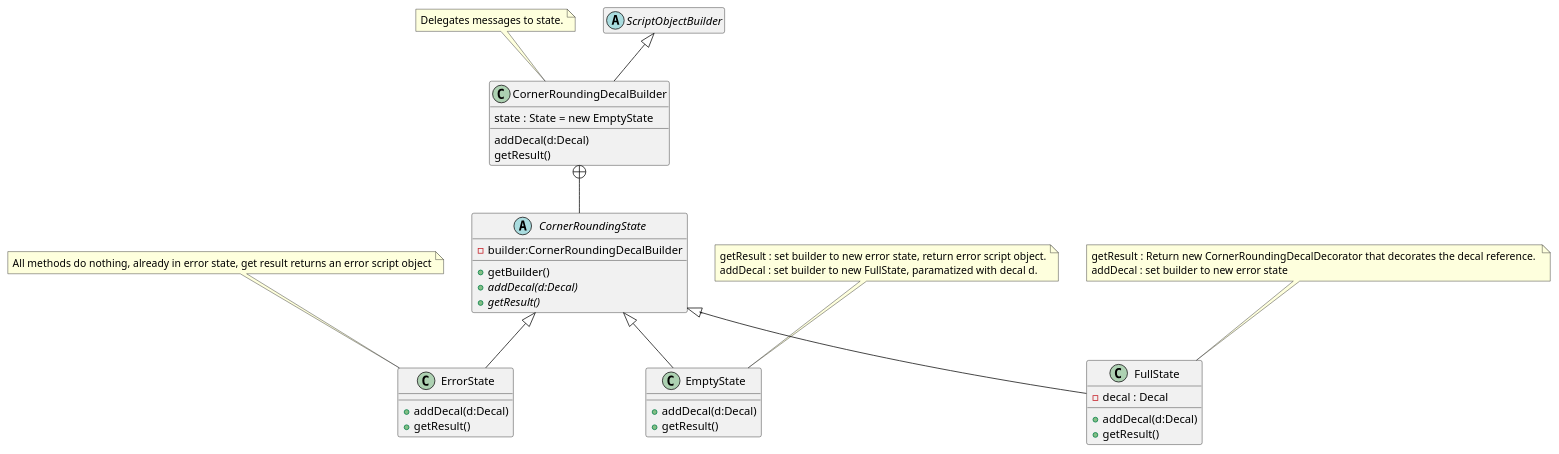
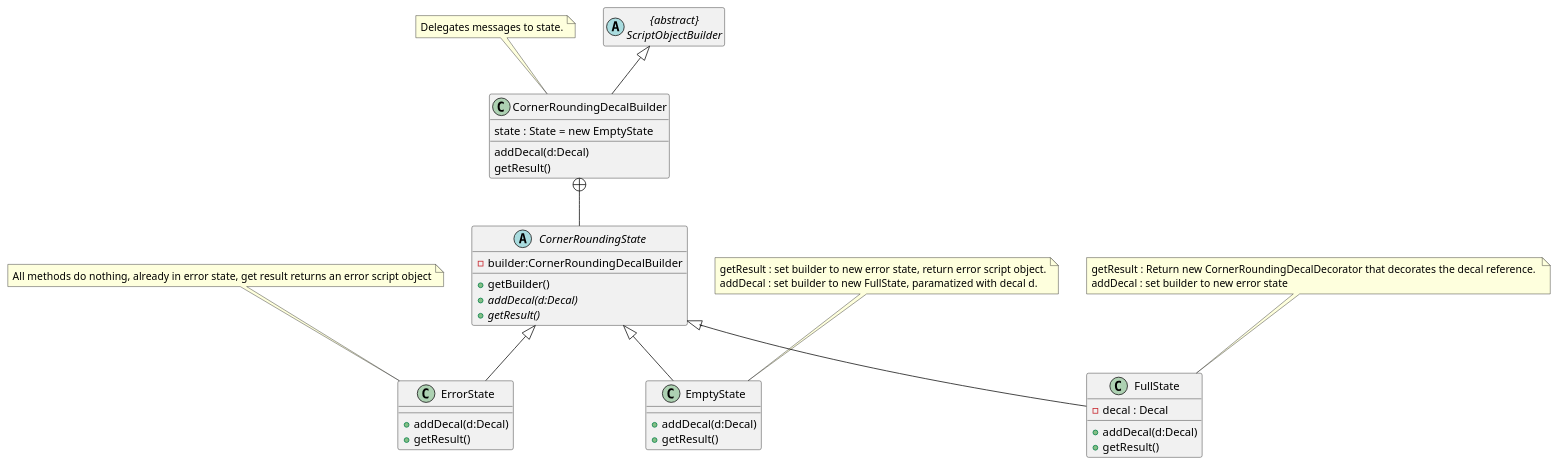
The diagram in Builder/CornerRoundingDecalDecoratorBuilder.org (MatthewBregg/DesignPatternsRepo), drawn with PlantUML before and after one commit. The commit also changed 51 other files, not shown here.

Commit message:
Made all builder sub umls show the inheritence from ScriptObjectBuilder

```diff
--- a/Builder/CornerRoundingDecalDecoratorBuilder.org
+++ b/Builder/CornerRoundingDecalDecoratorBuilder.org
@@ -1,53 +1,54 @@
 #+BEGIN_SRC plantuml :file CornerRoundingDecalBuilder.png
 
 class CornerRoundingDecalBuilder
 CornerRoundingDecalBuilder : state : State = new EmptyState
 CornerRoundingDecalBuilder : addDecal(d:Decal)
 CornerRoundingDecalBuilder : getResult() 
 note top : Delegates messages to state.
 
-abstract class ScriptObjectBuilder
+
+abstract class ScriptObjectBuilder as "{abstract}\nScriptObjectBuilder"
 hide ScriptObjectBuilder methods
 hide ScriptObjectBuilder members
 
 
 ScriptObjectBuilder <|-- CornerRoundingDecalBuilder
 
 CornerRoundingDecalBuilder +-- CornerRoundingState
 
 CornerRoundingState <|-- ErrorState
 CornerRoundingState <|-- EmptyState
 CornerRoundingState <|-- FullState
 
 abstract class CornerRoundingState as "{abstract}\nCornerRoundingState"
 CornerRoundingState : -builder:CornerRoundingDecalBuilder
 CornerRoundingState : +getBuilder()
 CornerRoundingState : +{abstract}addDecal(d:Decal)
 CornerRoundingState : +{abstract}getResult()
 
 class ErrorState
 ErrorState : +addDecal(d:Decal)
 ErrorState : +getResult()
 note top : All methods do nothing, already in error state, get result returns an error script object
 
 class EmptyState
 EmptyState : +addDecal(d:Decal)
 EmptyState : +getResult()
 note top of EmptyState 
  getResult : set builder to new error state, return error script object.
  addDecal : set builder to new FullState, paramatized with decal d.
 end note
 
 class FullState
 FullState : - decal : Decal
 FullState : +addDecal(d:Decal)
 FullState : +getResult()
 note top of FullState 
  getResult : Return new CornerRoundingDecalDecorator that decorates the decal reference. 
  addDecal : set builder to new error state
 end note
 
 
 
 
 #+END_SRC		
```
